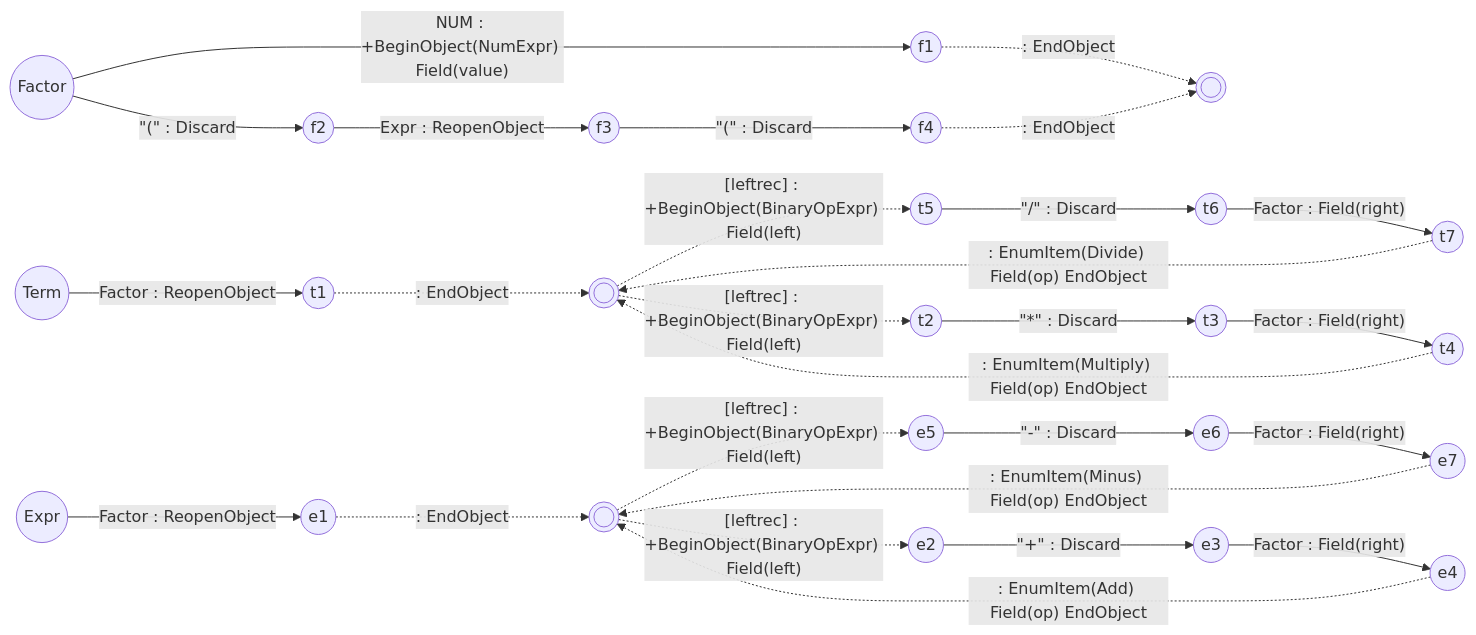
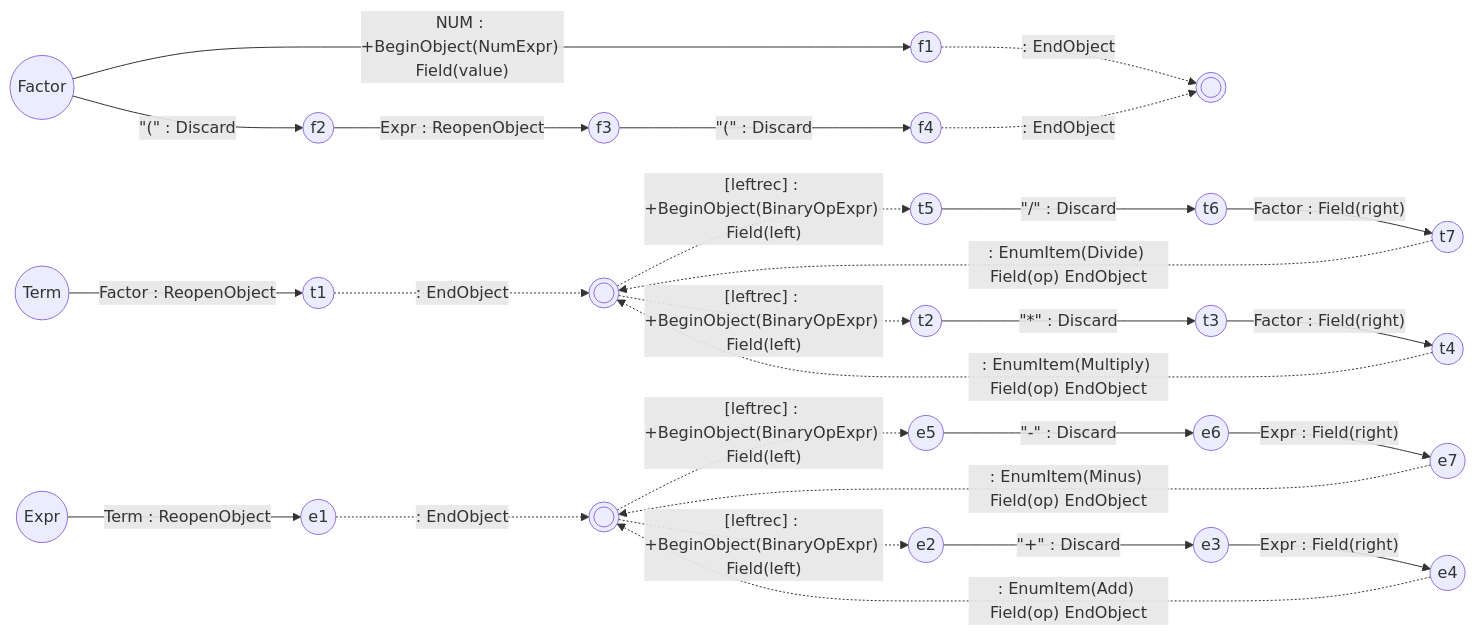
Before and after one commit to vczh-websites/vczh: the ninth of 9 diagrams in Blog/GLR-Refactoring/Mermaid.md, drawn with Mermaid.

````diff
--- a/Blog/GLR-Refactoring/Mermaid.md
+++ b/Blog/GLR-Refactoring/Mermaid.md
@@ -106,31 +106,31 @@
 ```mermaid
 graph LR
   fS((Factor))-- NUM : +BeginObject(NumExpr) Field(value) --> f1
   f1((f1))-. : EndObject .->fE((( )))
   fS-- #quot;(#quot; : Discard --> f2
   f2((f2))-- Expr : ReopenObject --> f3
   f3((f3))-- #quot;(#quot; : Discard -->f4
   f4((f4))-. : EndObject .->fE
 
   tS((Term))-- Factor : ReopenObject --> t1
   t1((t1))-. : EndObject .->tE((( )))
   t2((t2))-- #quot;*#quot; : Discard -->t3
   t3((t3))-- Factor : Field(right) --> t4
   t4((t4))-. : EnumItem(Multiply) Field(op) EndObject .->tE
   tE-. [leftrec] : +BeginObject(BinaryOpExpr) Field(left) .->t5
   t5((t5))-- #quot;/#quot; : Discard -->t6
   t6((t6))-- Factor : Field(right) --> t7
   t7((t7))-. : EnumItem(Divide) Field(op) EndObject .->tE
   tE-. [leftrec] : +BeginObject(BinaryOpExpr) Field(left) .->t2
 
-  eS((Expr))-- Factor : ReopenObject --> e1
+  eS((Expr))-- Term : ReopenObject --> e1
   e1((e1))-. : EndObject .->eE((( )))
   e2((e2))-- #quot;+#quot; : Discard -->e3
-  e3((e3))-- Factor : Field(right) --> e4
+  e3((e3))-- Expr : Field(right) --> e4
   e4((e4))-. : EnumItem(Add) Field(op) EndObject .->eE
   eE-. [leftrec] : +BeginObject(BinaryOpExpr) Field(left) .->e5
   e5((e5))-- #quot;-#quot; : Discard -->e6
-  e6((e6))-- Factor : Field(right) --> e7
+  e6((e6))-- Expr : Field(right) --> e7
   e7((e7))-. : EnumItem(Minus) Field(op) EndObject .->eE
   eE-. [leftrec] : +BeginObject(BinaryOpExpr) Field(left) .->e2
 ```
````
